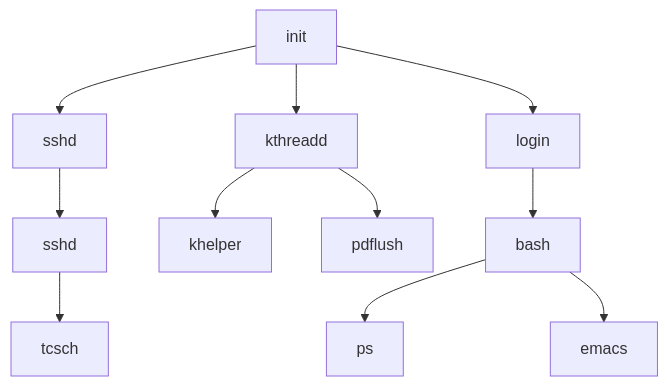
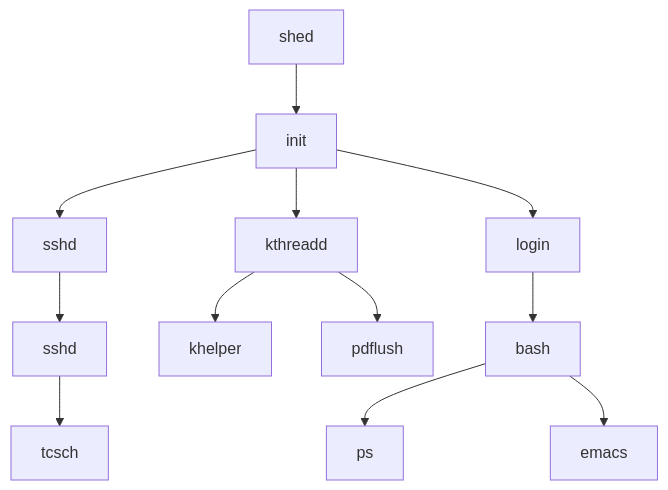
One commit to mushcatshiro/CS-basics changed the first of 2 diagrams in OS/01 - process.md. Above: the diagram before and after it, drawn with Mermaid. The commit also changed other lines of this file and 3 other files, not shown here.

````diff
--- a/OS/01 - process.md
+++ b/OS/01 - process.md
@@ -132,13 +132,14 @@
 ```mermaid
 graph TD
+pid0[shed] --> pid1
 pid1[init] --> pid2[kthreadd]
 pid1 --> pid3[sshd]
 pid1 --> pid4[login]
 pid4 --> pid5[bash]
 pid2 --> pid6[khelper]
 pid2 --> pid7[pdflush]
 pid3 --> pid8[sshd]
 pid5 --> pid9[ps]
 pid5 --> pid10[emacs]
 pid8 --> pid11[tcsch]
 ```
````
